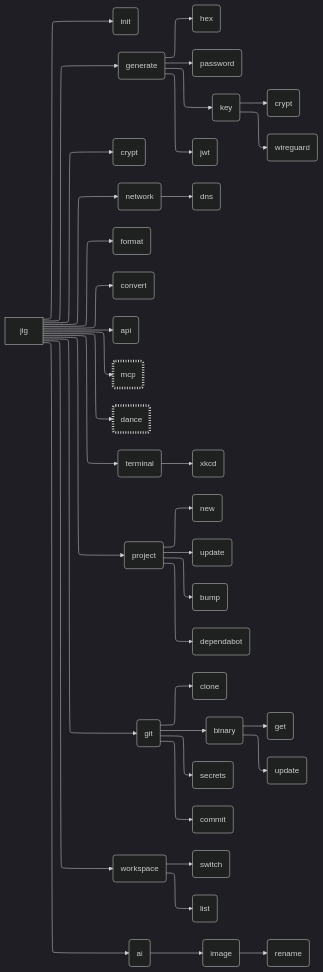
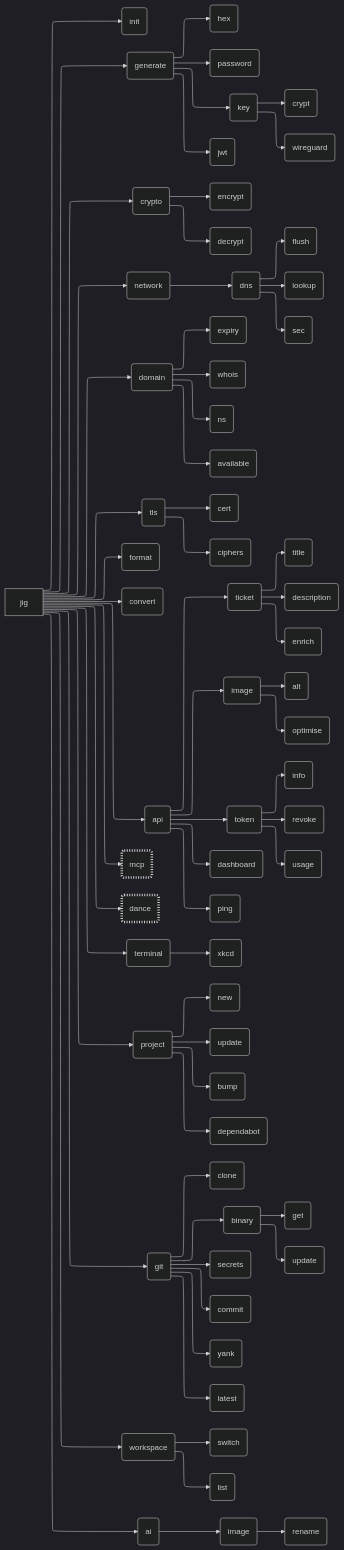
Before and after one commit to daveio/jig: the diagram in README.md, drawn with Mermaid. The commit also changed other lines of this file and 1 other file, not shown here.

````diff
--- a/README.md
+++ b/README.md
@@ -35,47 +11,75 @@
 ```mermaid
 ---
 config:
   theme: dark
   layout: elk
 ---
 graph LR
   jig[jig] --> init(init)
   jig --> generate(generate)
     generate --> generateHex(hex)
     generate --> generatePassword(password)
     generate --> generateKey(key)
       generateKey --> generateKeyCrypt(crypt)
       generateKey --> generateKeyWireguard(wireguard)
     generate --> generateJwt(jwt)
-  jig --> crypt(crypt)
+  jig --> crypto(crypto)
+    crypto --> cryptoEncrypt(encrypt)
+    crypto --> cryptoDecrypt(decrypt)
   jig --> network(network)
     network --> networkDns(dns)
+      networkDns --> networkDnsFlush(flush)
+      networkDns --> networkDnsLookup(lookup)
+      networkDns --> networkDnsSec(sec)
+  jig --> domain(domain)
+    domain --> domainExpiry(expiry)
+    domain --> domainWhois(whois)
+    domain --> domainNs(ns)
+    domain --> domainAvailable(available)
+  jig --> tls(tls)
+    tls --> tlsCert(cert)
+    tls --> tlsCiphers(ciphers)
   jig --> format(format)
   jig --> convert(convert)
   jig --> api(api)
+    api --> apiTicket(ticket)
+      apiTicket --> apiTicketTitle(title)
+      apiTicket --> apiTicketDescription(description)
+      apiTicket --> apiTicketEnrich(enrich)
+    api --> apiImage(image)
+      apiImage --> apiImageAlt(alt)
+      apiImage --> apiImageOptimise(optimise)
+    api --> apiToken(token)
+      apiToken --> apiTokenInfo(info)
+      apiToken --> apiTokenRevoke(revoke)
+      apiToken --> apiTokenUsage(usage)
+    api --> apiDashboard(dashboard)
+    api --> apiPing(ping)
   jig --> mcp(mcp)
   jig --> dance(dance)
   jig --> terminal(terminal)
     terminal --> terminalXKCD(xkcd)
   jig --> project(project)
     project --> projectNew(new)
     project --> projectUpdate(update)
     project --> projectBump(bump)
     project --> projectDependabot(dependabot)
   jig --> git(git)
     git --> gitClone(clone)
     git --> gitBinary(binary)
       gitBinary --> gitBinaryGet(get)
       gitBinary --> gitBinaryUpdate(update)
     git --> gitSecrets(secrets)
     git --> gitCommit(commit)
+    git --> gitYank(yank)
+    git --> gitLatest(latest)
   jig --> workspace(workspace)
     workspace --> workspaceSwitch(switch)
     workspace --> workspaceList(list)
   jig --> ai(ai)
     ai --> aiImage(image)
       aiImage --> aiImageRename(rename)
 
   style mcp stroke-dasharray: 2 3,stroke-width: 5px
   style dance stroke-dasharray: 2 3,stroke-width: 5px
 ```
````
